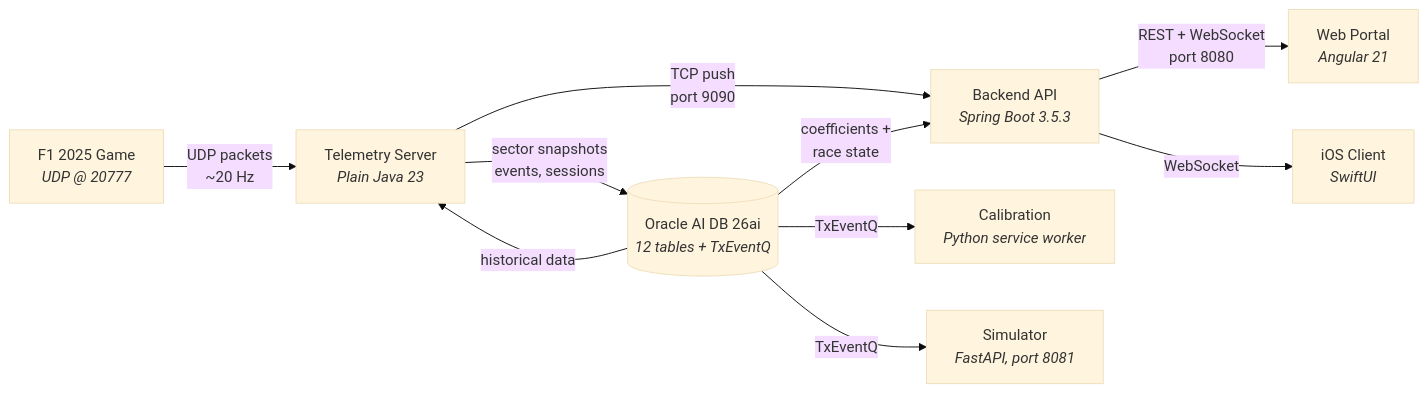
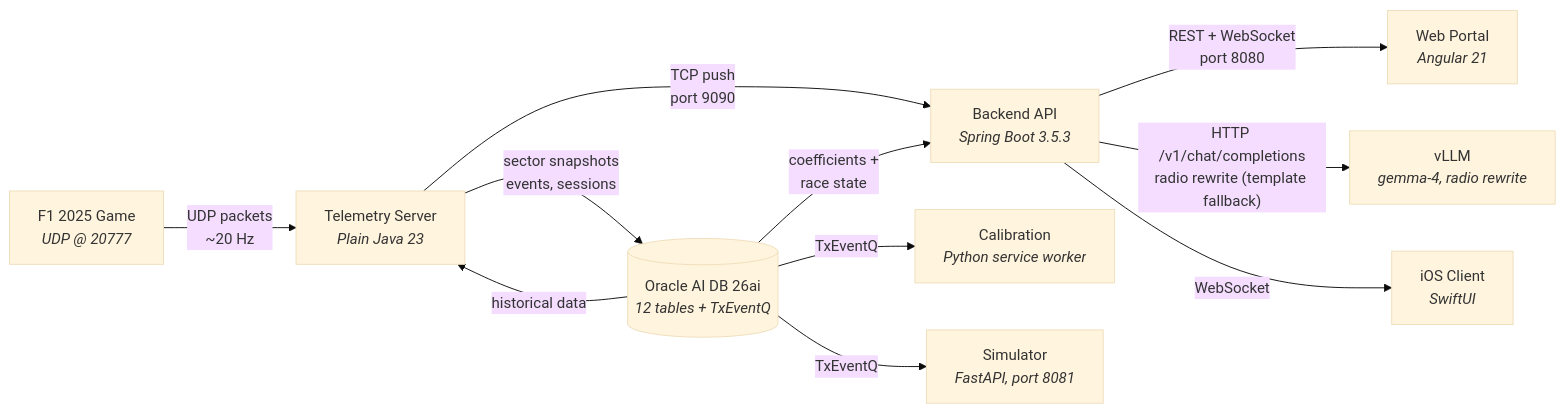
One commit to vmleon/f12025-race-strategy-simulation changed the first of 2 diagrams in README.md. Above: the diagram before and after it, drawn with Mermaid (base theme). The commit also changed other lines of this file and 4 other files, not shown here.

Commit message:
docs: document vLLM component across diagrams and chapters

````diff
--- a/README.md
+++ b/README.md
@@ -7,21 +7,23 @@
 ```mermaid
 graph LR
     Game["F1 2025 Game<br/><i>UDP @ 20777</i>"]
     Ingest["Telemetry Server<br/><i>Plain Java 23</i>"]
     DB[("Oracle AI DB 26ai<br/><i>12 tables + TxEventQ</i>")]
     Backend["Backend API<br/><i>Spring Boot 3.5.3</i>"]
     Calibration["Calibration<br/><i>Python service worker</i>"]
     Simulator["Simulator<br/><i>FastAPI, port 8081</i>"]
     Portal["Web Portal<br/><i>Angular 21</i>"]
     Client["iOS Client<br/><i>SwiftUI</i>"]
+    LLM["vLLM<br/><i>gemma-4, radio rewrite</i>"]
 
     Game -- "UDP packets<br/>~20 Hz" --> Ingest
     Ingest -- "sector snapshots<br/>events, sessions" --> DB
     Ingest -- "TCP push<br/>port 9090" --> Backend
     DB -- "historical data" --> Ingest
     DB -- "TxEventQ" --> Calibration
     DB -- "TxEventQ" --> Simulator
     DB -- "coefficients +<br/>race state" --> Backend
     Backend -- "REST + WebSocket<br/>port 8080" --> Portal
+    Backend -- "HTTP /v1/chat/completions<br/>radio rewrite (template fallback)" --> LLM
     Backend -- "WebSocket" --> Client
 ```
````
